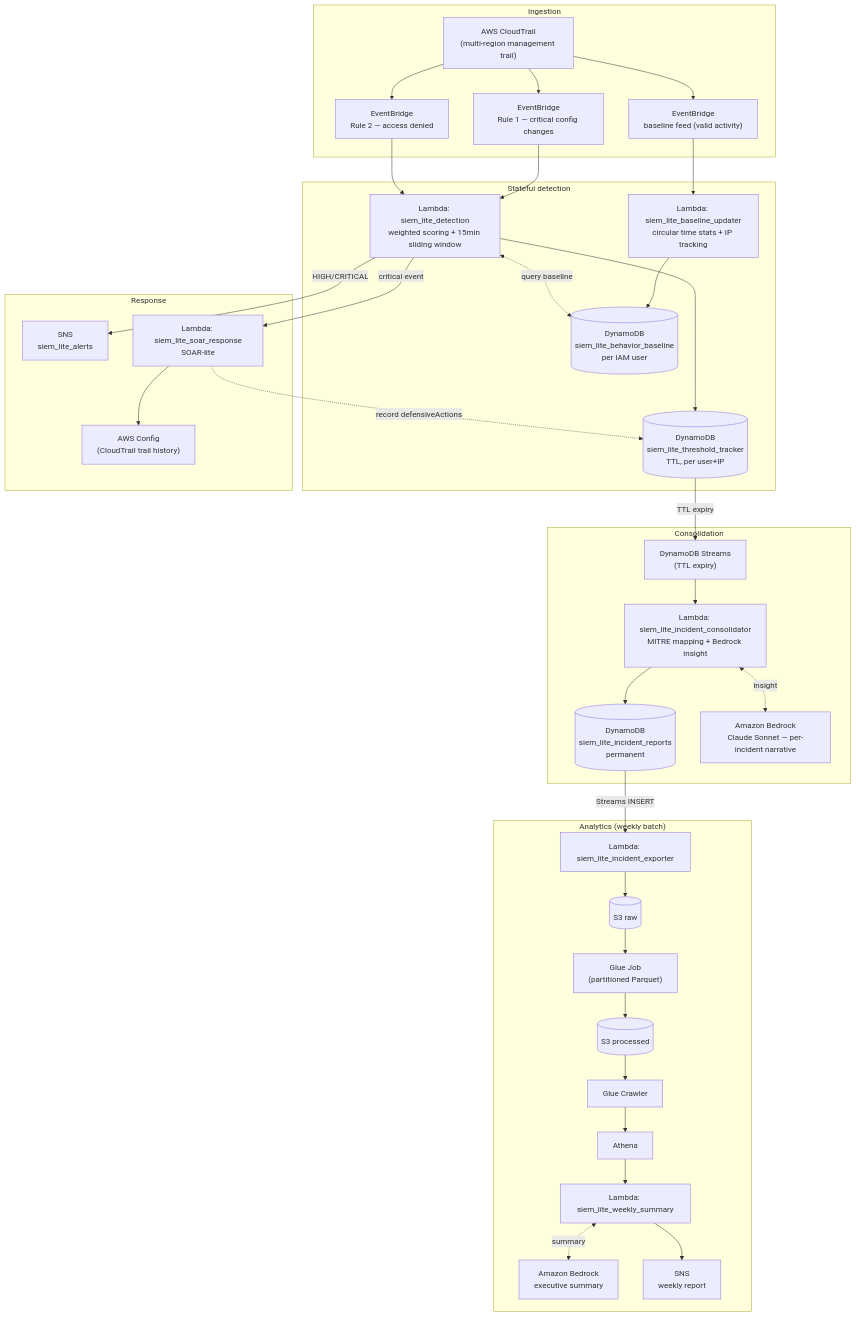
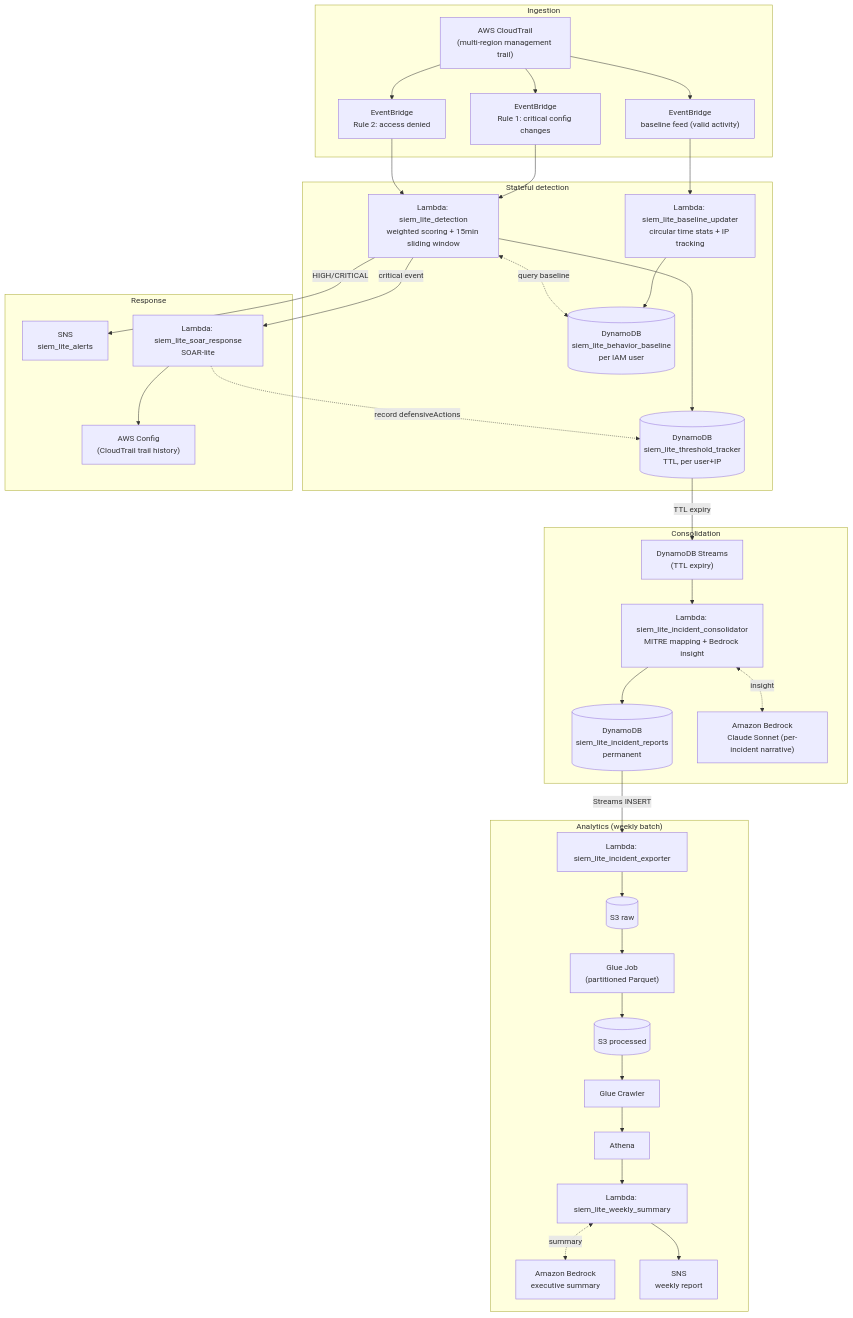
The diagram in README.md (Diego-do-na/SIEM-Lite), drawn with Mermaid before and after one commit. The commit also changed other lines of this file, not shown here.

````diff
--- a/README.md
+++ b/README.md
@@ -37,58 +37,58 @@
 ```mermaid
 flowchart TD
     subgraph Ingestion
         CT["AWS CloudTrail\n(multi-region management trail)"]
-        EB1["EventBridge\nRule 1 — critical config changes"]
-        EB2["EventBridge\nRule 2 — access denied"]
+        EB1["EventBridge\nRule 1: critical config changes"]
+        EB2["EventBridge\nRule 2: access denied"]
         EB3["EventBridge\nbaseline feed (valid activity)"]
     end
 
     subgraph Detection["Stateful detection"]
         DET["Lambda: siem_lite_detection\nweighted scoring + 15min sliding window"]
         BU["Lambda: siem_lite_baseline_updater\ncircular time stats + IP tracking"]
         T1[("DynamoDB\nsiem_lite_threshold_tracker\nTTL, per user+IP")]
         TB[("DynamoDB\nsiem_lite_behavior_baseline\nper IAM user")]
     end
 
     subgraph Response
         SNS1["SNS\nsiem_lite_alerts"]
         SOAR["Lambda: siem_lite_soar_response\nSOAR-lite"]
         CFG["AWS Config\n(CloudTrail trail history)"]
     end
 
     subgraph Consolidation
         STR["DynamoDB Streams\n(TTL expiry)"]
         CONS["Lambda: siem_lite_incident_consolidator\nMITRE mapping + Bedrock insight"]
         T2[("DynamoDB\nsiem_lite_incident_reports\npermanent")]
-        BR1["Amazon Bedrock\nClaude Sonnet — per-incident narrative"]
+        BR1["Amazon Bedrock\nClaude Sonnet (per-incident narrative)"]
     end
 
     subgraph Analytics["Analytics (weekly batch)"]
         EXP["Lambda: siem_lite_incident_exporter"]
         S3R[("S3 raw")]
         GLUE["Glue Job\n(partitioned Parquet)"]
         S3P[("S3 processed")]
         CRAWL["Glue Crawler"]
         ATH["Athena"]
         WSUM["Lambda: siem_lite_weekly_summary"]
         BR2["Amazon Bedrock\nexecutive summary"]
         SNS2["SNS\nweekly report"]
     end
 
     CT --> EB1 & EB2 & EB3
     EB1 --> DET
     EB2 --> DET
     EB3 --> BU --> TB
     DET <-. query baseline .-> TB
     DET --> T1
     DET -- HIGH/CRITICAL --> SNS1
     DET -- critical event --> SOAR
     SOAR --> CFG
     SOAR -. record defensiveActions .-> T1
     T1 -- TTL expiry --> STR --> CONS
     CONS <-. insight .-> BR1
     CONS --> T2
     T2 -- Streams INSERT --> EXP --> S3R --> GLUE --> S3P --> CRAWL --> ATH
     ATH --> WSUM <-. summary .-> BR2
     WSUM --> SNS2
 ```
````
